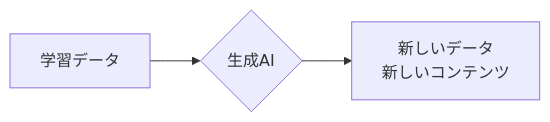
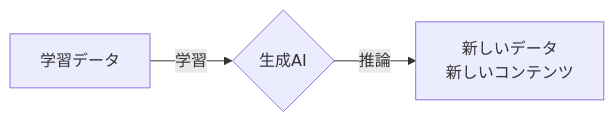
The third of 11 diagrams in README.md (SparklingDetergent/doc_genai_About_the_origins_and_types_of_generative_AI), drawn with Mermaid before and after one commit. The commit also changed other lines of this file, not shown here.

````diff
--- a/README.md
+++ b/README.md
@@ -59,5 +59,5 @@
 ```mermaid
 graph LR
-    A[学習データ] --> B{生成AI} --> C[新しいデータ\n新しいコンテンツ];
+    A[学習データ] --> |学習| B{生成AI} --> |推論| C[新しいデータ\n新しいコンテンツ];
     
 ```
````
